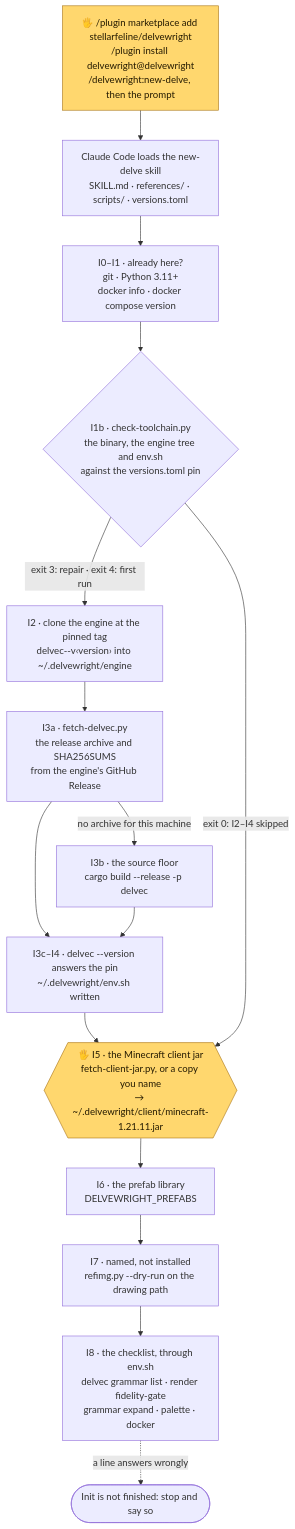
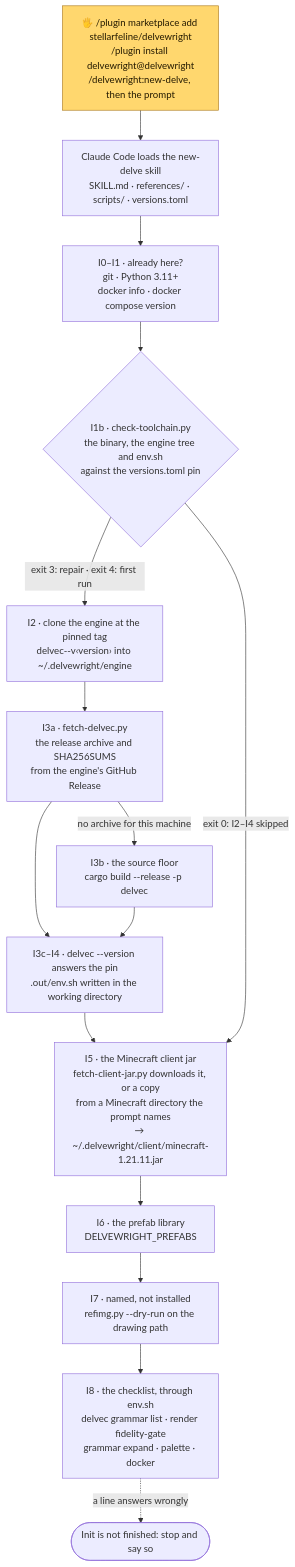
One commit to stellarfeline/delvewright changed the second of 9 diagrams in docs/how-it-works.md. Above: the diagram before and after it, drawn with Mermaid. The commit also changed other lines of this file and 7 other files, not shown here.

````diff
--- a/docs/how-it-works.md
+++ b/docs/how-it-works.md
@@ -26,20 +26,20 @@
 ```mermaid
 flowchart TD
     U["🖐 /plugin marketplace add stellarfeline/delvewright<br/>/plugin install delvewright@delvewright<br/>/delvewright:new-delve, then the prompt"]:::human
     U --> CC["Claude Code loads the new-delve skill<br/>SKILL.md · references/ · scripts/ · versions.toml"]
     CC --> I1["I0–I1 · already here?<br/>git · Python 3.11+<br/>docker info · docker compose version"]
     I1 --> I1B{"I1b · check-toolchain.py<br/>the binary, the engine tree and env.sh<br/>against the versions.toml pin"}
     I1B -->|"exit 3: repair · exit 4: first run"| I2["I2 · clone the engine at the pinned tag<br/>delvec--v‹version› into ~/.delvewright/engine"]
     I2 --> I3A["I3a · fetch-delvec.py<br/>the release archive and SHA256SUMS<br/>from the engine's GitHub Release"]
     I3A -->|"no archive for this machine"| I3B["I3b · the source floor<br/>cargo build --release -p delvec"]
-    I3A --> I4["I3c–I4 · delvec --version answers the pin<br/>~/.delvewright/env.sh written"]
+    I3A --> I4["I3c–I4 · delvec --version answers the pin<br/>.out/env.sh written in the working directory"]
     I3B --> I4
-    I4 --> I5{{"🖐 I5 · the Minecraft client jar<br/>fetch-client-jar.py, or a copy you name<br/>→ ~/.delvewright/client/minecraft-1.21.11.jar"}}:::human
+    I4 --> I5["I5 · the Minecraft client jar<br/>fetch-client-jar.py downloads it, or a copy<br/>from a Minecraft directory the prompt names<br/>→ ~/.delvewright/client/minecraft-1.21.11.jar"]
     I1B -->|"exit 0: I2–I4 skipped"| I5
     I5 --> I6["I6 · the prefab library<br/>DELVEWRIGHT_PREFABS"]
     I6 --> I7["I7 · named, not installed<br/>refimg.py --dry-run on the drawing path"]
     I7 --> I8["I8 · the checklist, through env.sh<br/>delvec grammar list · render fidelity-gate<br/>grammar expand · palette · docker"]
     I8 -.->|"a line answers wrongly"| STOP(["Init is not finished: stop and say so"])
 
     classDef human fill:#ffd76e,stroke:#a9761a,color:#241a00
 ```
````
